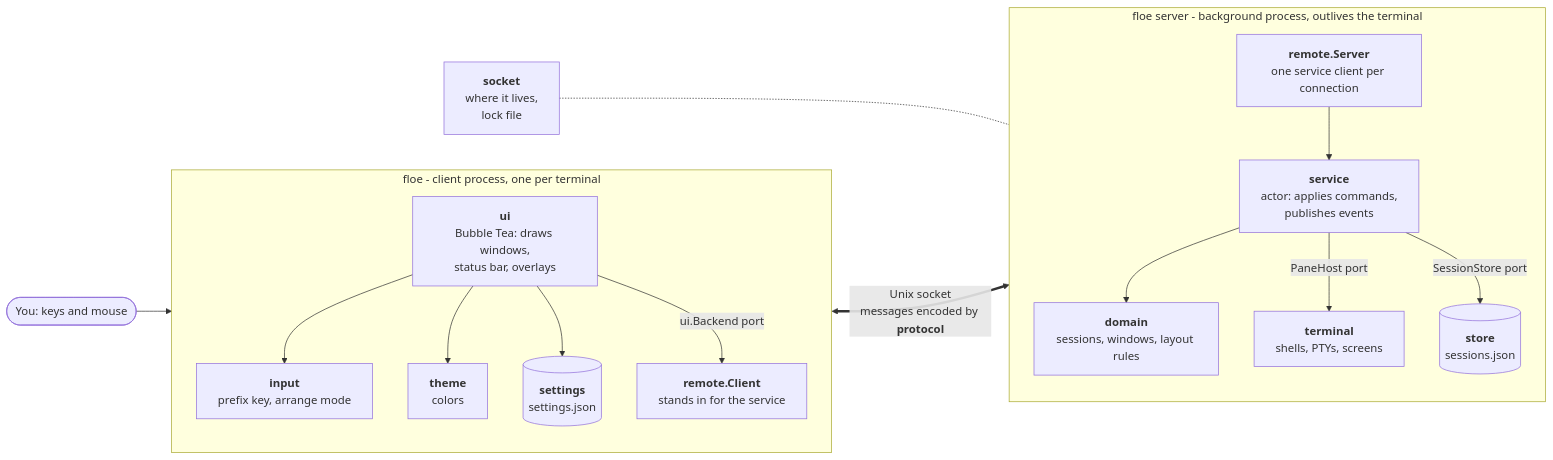
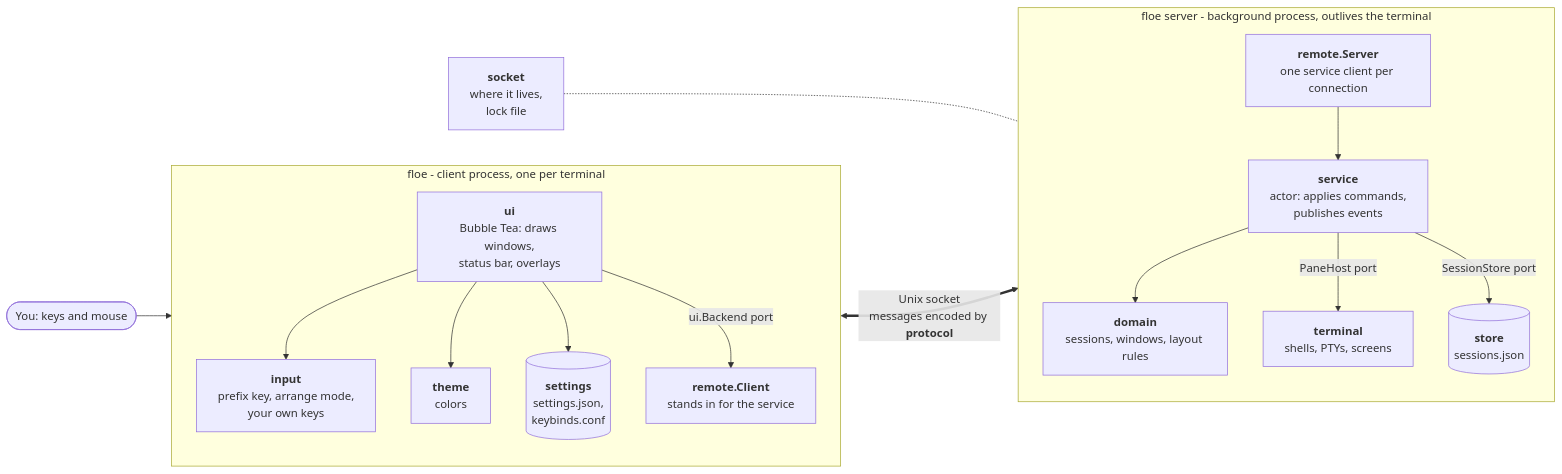
One commit to thomassbooth/floe changed the first of 3 diagrams in ARCHITECTURE.md. Above: the diagram before and after it, drawn with Mermaid. The commit also changed 14 other files, not shown here.

First line of the commit message:
Change the prefix and any key in keybinds.conf

````diff
--- a/ARCHITECTURE.md
+++ b/ARCHITECTURE.md
@@ -10,34 +10,34 @@
 ```mermaid
 flowchart LR
     you(["You: keys and mouse"])
 
     subgraph client["floe - client process, one per terminal"]
         direction TB
         ui["<b>ui</b><br/>Bubble Tea: draws windows,<br/>status bar, overlays"]
-        input["<b>input</b><br/>prefix key, arrange mode"]
+        input["<b>input</b><br/>prefix key, arrange mode,<br/>your own keys"]
         theme["<b>theme</b><br/>colors"]
-        settings[("<b>settings</b><br/>settings.json")]
+        settings[("<b>settings</b><br/>settings.json,<br/>keybinds.conf")]
         rclient["<b>remote.Client</b><br/>stands in for the service"]
         ui --> input
         ui --> theme
         ui --> settings
         ui -- "ui.Backend port" --> rclient
     end
 
     subgraph server["floe server - background process, outlives the terminal"]
         direction TB
         rserver["<b>remote.Server</b><br/>one service client per connection"]
         service["<b>service</b><br/>actor: applies commands,<br/>publishes events"]
         domain["<b>domain</b><br/>sessions, windows, layout rules"]
         terminal["<b>terminal</b><br/>shells, PTYs, screens"]
         store[("<b>store</b><br/>sessions.json")]
         rserver --> service
         service --> domain
         service -- "PaneHost port" --> terminal
         service -- "SessionStore port" --> store
     end
 
     you --> ui
     rclient <==>|"Unix socket<br/>messages encoded by <b>protocol</b>"| rserver
     socket["<b>socket</b><br/>where it lives,<br/>lock file"] -.- rserver
 ```
````
